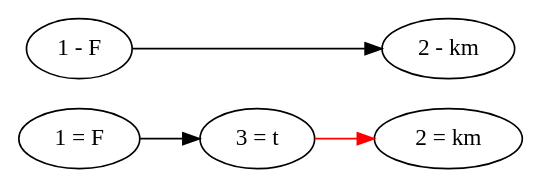
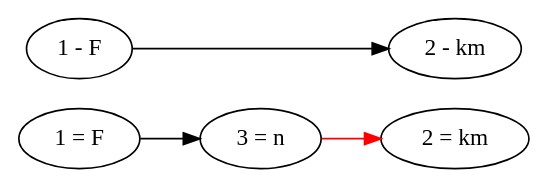
One commit to nossidge/zelda changed the diagram in data/grammar/rules/parallel_chain_06.dot. Above: the diagram before and after it, drawn with Graphviz. The commit also changed 6 other files, not shown here.

```diff
--- a/data/grammar/rules/parallel_chain_06.dot
+++ b/data/grammar/rules/parallel_chain_06.dot
@@ -1,24 +1,24 @@
 digraph parallel_chain_04 {
 
 
   # Weirdly, if you specify horizontal direction, you
   #   have to put the new nodes before the old nodes.
   rankdir="LR";
 
 
   # New node relations.
-  "1 = F" -> "3 = t"
-  "3 = t" -> "2 = km"  [color = red]
+  "1 = F" -> "3 = n"
+  "3 = n" -> "2 = km"  [color = red]
 
 
   # Old node relations.
   "1 - F" -> "2 - km"
 
 
   # Just a visual thing.
   # Make the nodes with the same ID show in the same position.
   { rank=same; "1 - F";  "1 = F"; }
   { rank=same; "2 - km"; "2 = km"; }
 
 
 }
```
